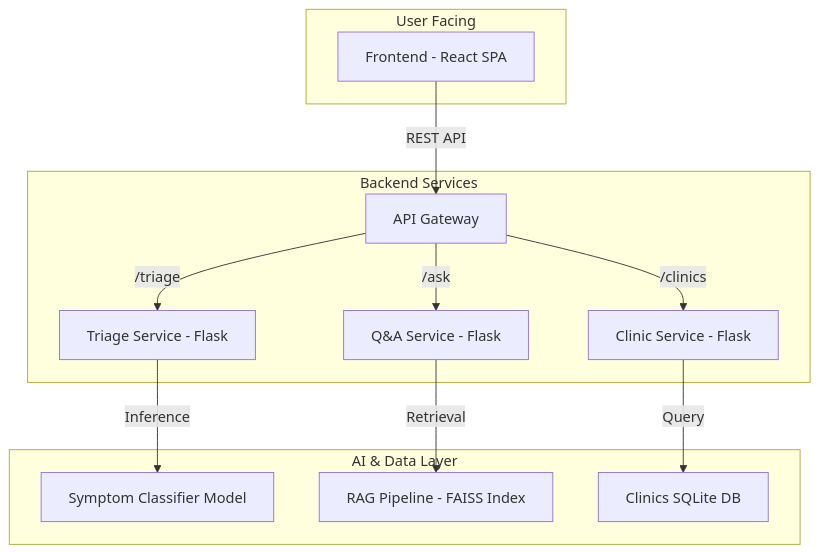
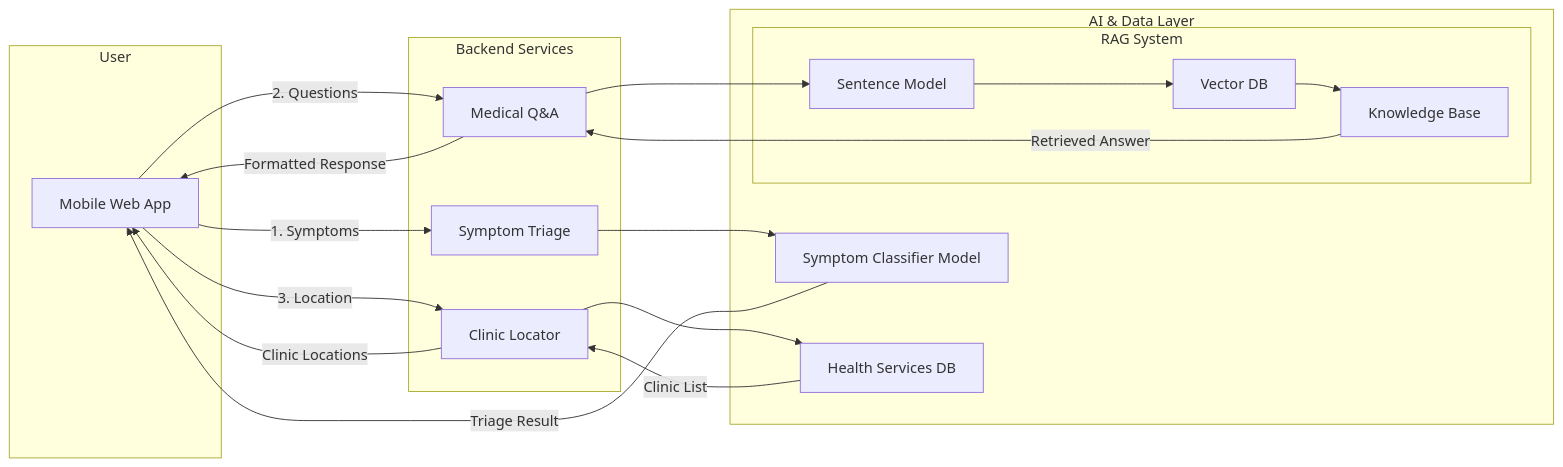
The diagram in README.md (PRAVITH10HJ/Swasthya), drawn with Mermaid before and after one commit.

Commit message:
Revise microservices architecture diagram
Updated architecture diagram and service names in README.

````diff
--- a/README.md
+++ b/README.md
@@ -46,28 +46,36 @@
 ```mermaid
-graph TD
-    subgraph User Facing
-        A[Frontend - React SPA]
+graph LR
+    subgraph User
+        A[Mobile Web App]
     end
 
     subgraph Backend Services
-        B[API Gateway]
-        C[Triage Service - Flask]
-        D[Q&A Service - Flask]
-        E[Clinic Service - Flask]
+        B[Symptom Triage]
+        C[Medical Q&A]
+        D[Clinic Locator]
     end
 
     subgraph AI & Data Layer
-        F[Symptom Classifier Model]
-        G[RAG Pipeline - FAISS Index]
-        H[Clinics SQLite DB]
+        E[Symptom Classifier Model]
+        
+        subgraph RAG System
+            F[Sentence Model] --> G[Vector DB] --> H[Knowledge Base]
+        end
+
+        I[Health Services DB]
     end
 
-    A -- REST API --> B
-    B -- /triage --> C
-    B -- /ask --> D
-    B -- /clinics --> E
+    A -- 1. Symptoms --> B
+    B --> E
+    E -- Triage Result --> A
 
-    C -- "Inference" --> F
-    D -- "Retrieval" --> G
-    E -- "Query" --> H
+    A -- 2. Questions --> C
+    C --> F
+    H -- Retrieved Answer --> C
+    C -- Formatted Response --> A
+
+    A -- 3. Location --> D
+    D --> I
+    I -- Clinic List --> D
+    D -- Clinic Locations --> A
 ```
````
